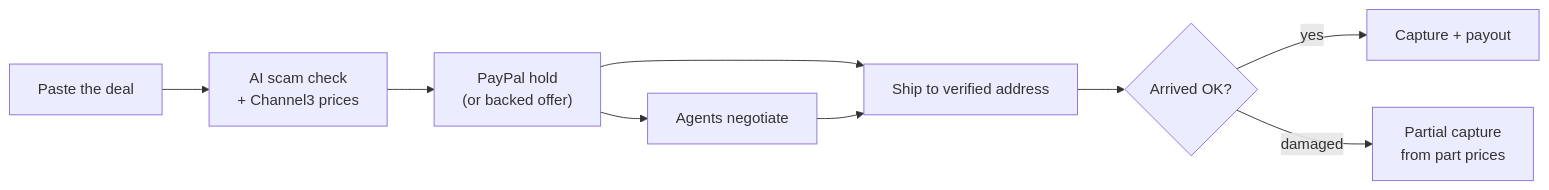
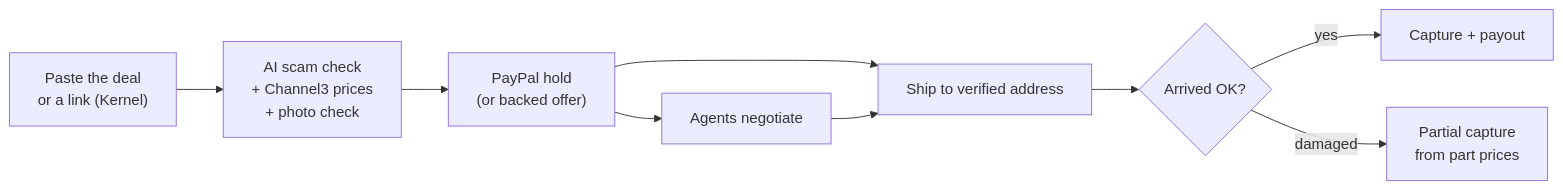
The diagram in README.md (Yashasm18/Handshake), drawn with Mermaid before and after one commit. The commit also changed other lines of this file and 28 other files, not shown here.

First line of the commit message:
Paste a listing link: read it with Kernel and catch store photos

````diff
--- a/README.md
+++ b/README.md
@@ -84,11 +86,11 @@
 ```mermaid
 flowchart LR
-    A["Paste the deal"] --> B["AI scam check<br/>+ Channel3 prices"]
+    A["Paste the deal<br/>or a link (Kernel)"] --> B["AI scam check<br/>+ Channel3 prices<br/>+ photo check"]
     B --> C["PayPal hold<br/>(or backed offer)"]
     C --> D["Agents negotiate"]
     C --> E["Ship to verified address"]
     D --> E
     E --> F{"Arrived OK?"}
     F -->|yes| G["Capture + payout"]
     F -->|damaged| H["Partial capture<br/>from part prices"]
 ```
````
